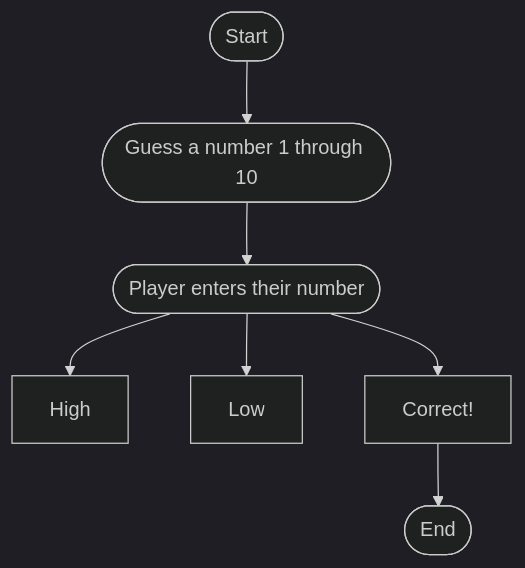
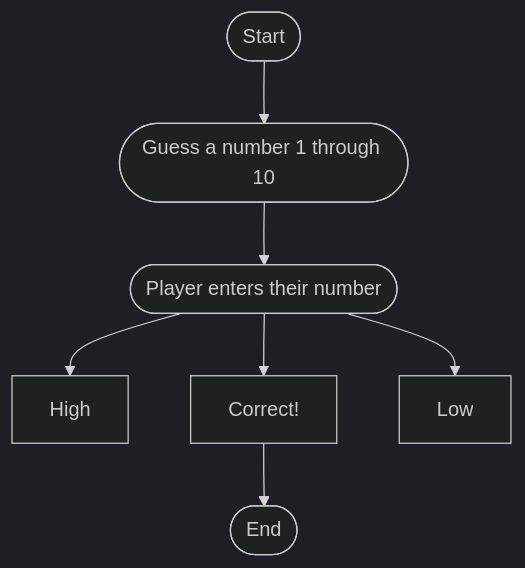
One commit to slaucks/slaucks.github.io changed the diagram in Guessing.md. Above: the diagram before and after it, drawn with Mermaid (dark theme). The commit also changed other lines of this file, not shown here.

````diff
--- a/Guessing.md
+++ b/Guessing.md
@@ -1,7 +1,7 @@
 ```mermaid
 flowchart TD
  Start([Start]) --> id1([Guess a number 1 through 10]) --> id2([Player enters their number])
 id2 --> High
+id2 --> Correct! --> End([End])
 id2 --> Low
-id2 --> Correct! --> End([End])
 ```
````
